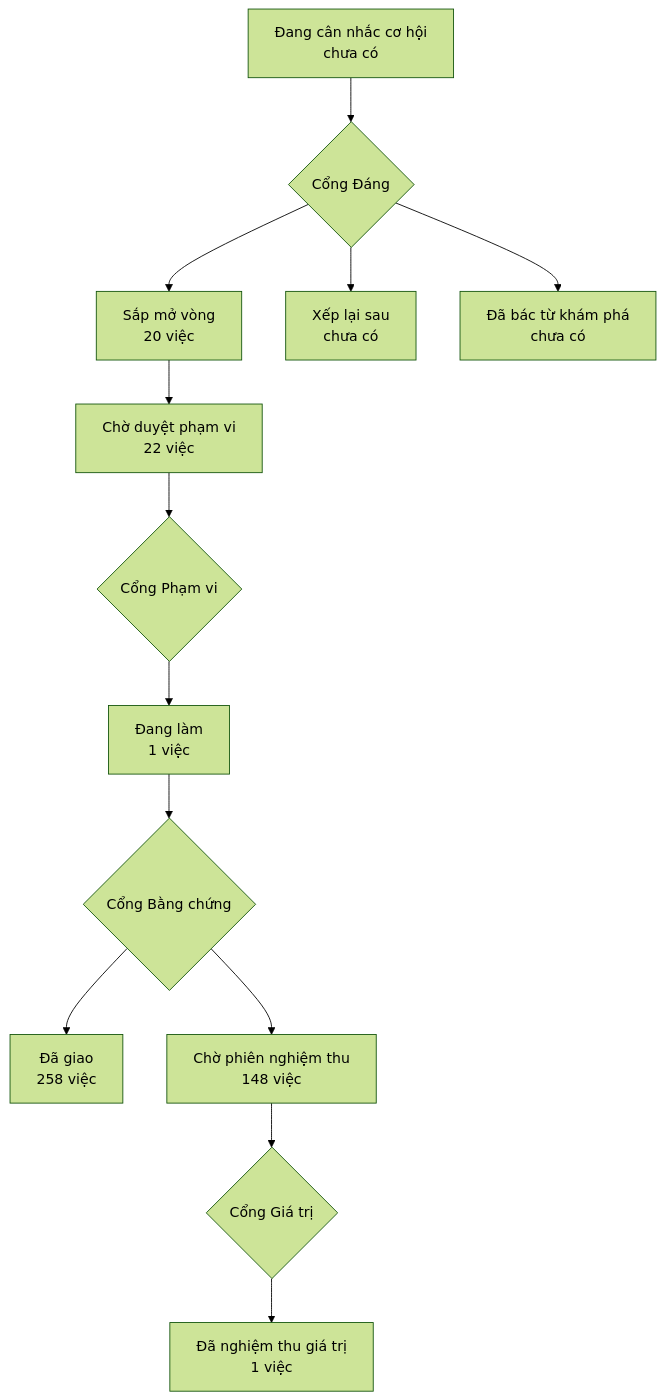
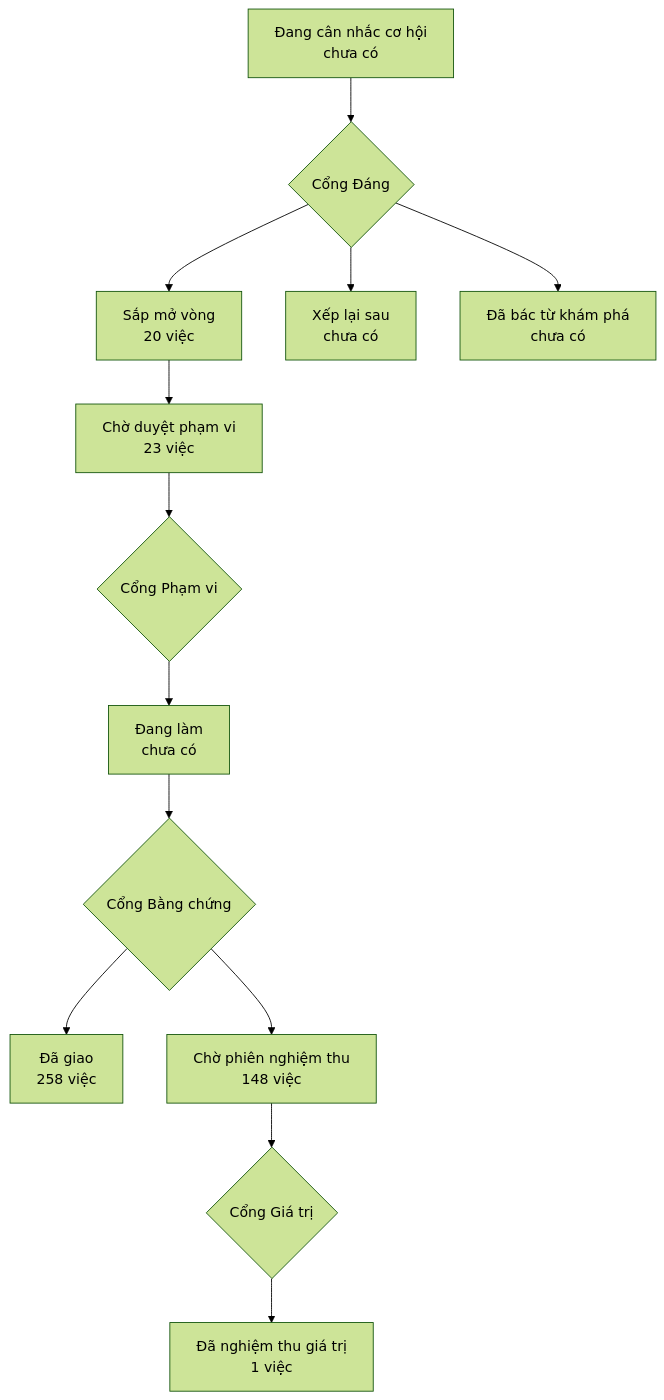
One commit to phanlemanh/onehub-invest changed the diagram in PRODUCT-MAP.md. Above: the diagram before and after it, drawn with Mermaid (forest theme). The commit also changed other lines of this file, not shown here.

Commit message:
chore(map): vẽ lại bản đồ

````diff
--- a/PRODUCT-MAP.md
+++ b/PRODUCT-MAP.md
@@ -7,12 +7,12 @@
 ```mermaid
 flowchart TD
   A["Đang cân nhắc cơ hội<br/>chưa có"] --> GD{"Cổng Đáng"}
   GD --> B["Sắp mở vòng<br/>20 việc"]
   GD --> XL["Xếp lại sau<br/>chưa có"]
   GD --> DB["Đã bác từ khám phá<br/>chưa có"]
-  B --> CD["Chờ duyệt phạm vi<br/>22 việc"] --> GP{"Cổng Phạm vi"}
-  GP --> DL["Đang làm<br/>1 việc"] --> GB{"Cổng Bằng chứng"}
+  B --> CD["Chờ duyệt phạm vi<br/>23 việc"] --> GP{"Cổng Phạm vi"}
+  GP --> DL["Đang làm<br/>chưa có"] --> GB{"Cổng Bằng chứng"}
   GB --> DG["Đã giao<br/>258 việc"]
   GB --> CN["Chờ phiên nghiệm thu<br/>148 việc"] --> GG{"Cổng Giá trị"}
   GG --> NT["Đã nghiệm thu giá trị<br/>1 việc"]
 ```
````
